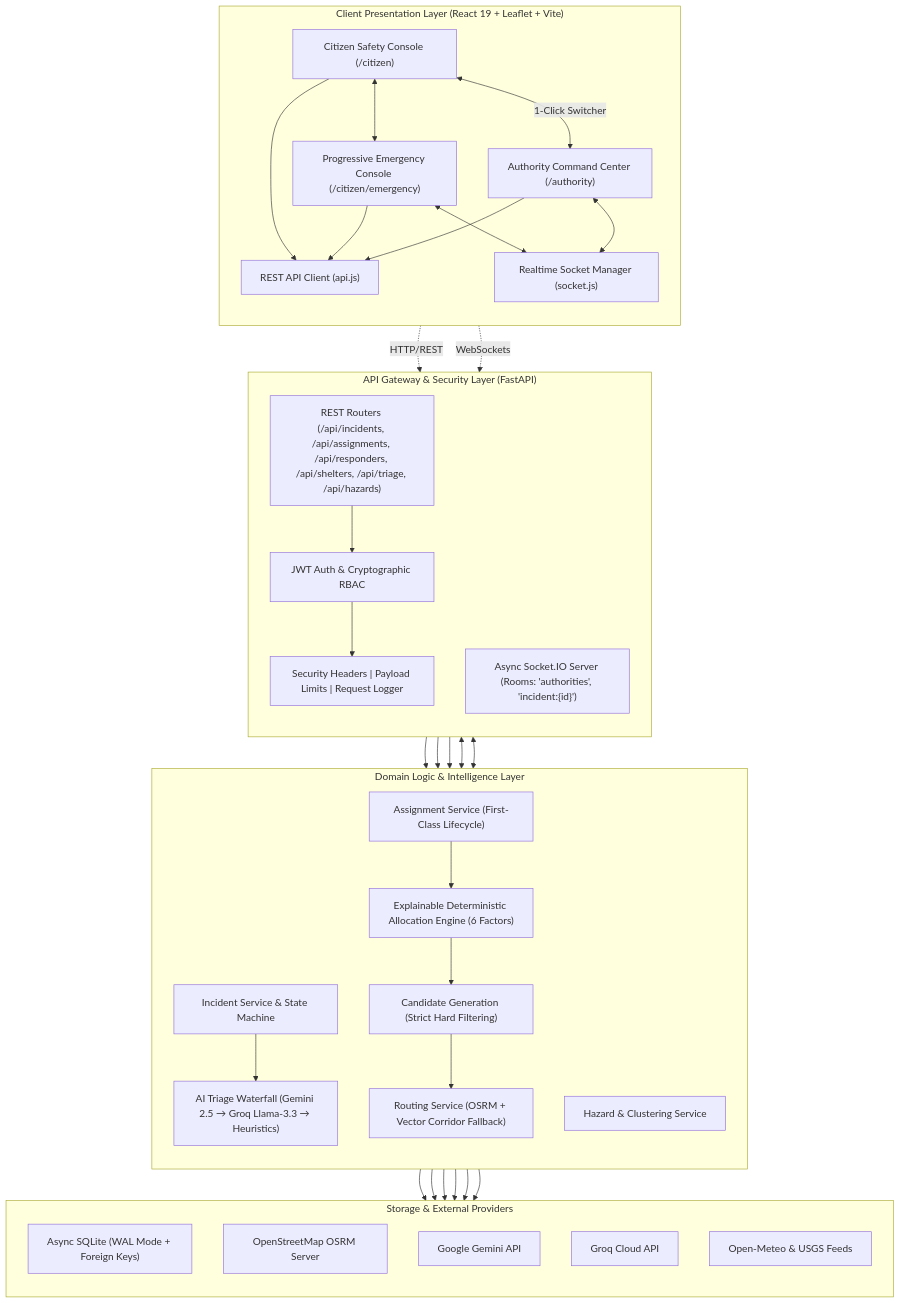
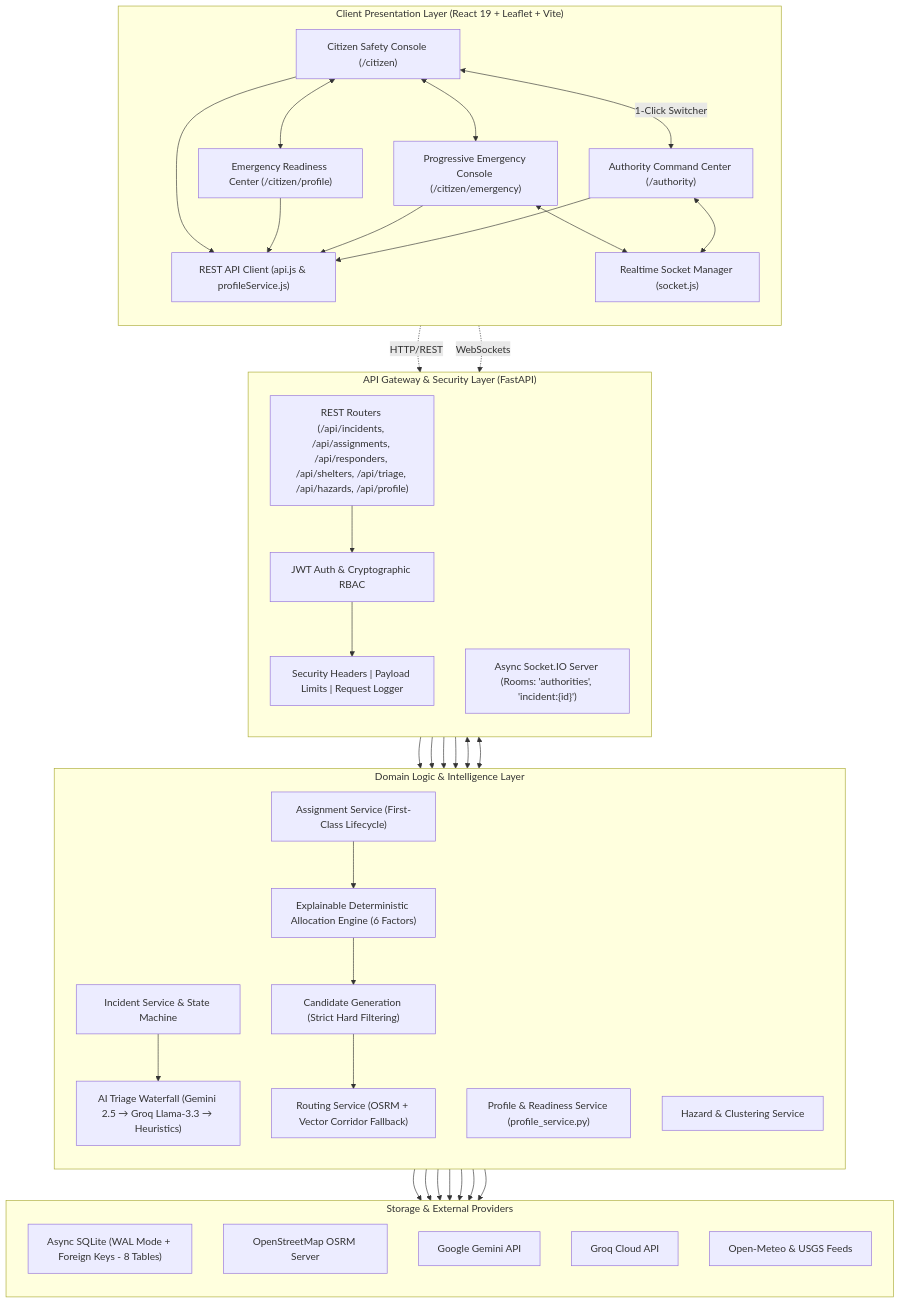
The diagram in README.md (pritesh-4/SIH-2026---SALVUS), drawn with Mermaid before and after one commit. The commit also changed other lines of this file and 6 other files, not shown here.

````diff
--- a/README.md
+++ b/README.md
@@ -93,62 +104,66 @@
 ```mermaid
 flowchart TB
     subgraph Client_Layer ["Client Presentation Layer (React 19 + Leaflet + Vite)"]
         direction TB
         CitizenPortal["Citizen Safety Console (/citizen)"]
+        CitizenProfile["Emergency Readiness Center (/citizen/profile)"]
         CitizenEmergency["Progressive Emergency Console (/citizen/emergency)"]
         AuthorityCenter["Authority Command Center (/authority)"]
         RealtimeSocket["Realtime Socket Manager (socket.js)"]
-        APIService["REST API Client (api.js)"]
+        APIService["REST API Client (api.js & profileService.js)"]
 
+        CitizenPortal <--> CitizenProfile
         CitizenPortal <--> CitizenEmergency
         CitizenPortal <-->|"1-Click Switcher"| AuthorityCenter
         CitizenPortal --> APIService
+        CitizenProfile --> APIService
         CitizenEmergency --> APIService
         CitizenEmergency <--> RealtimeSocket
         AuthorityCenter --> APIService
         AuthorityCenter <--> RealtimeSocket
     end
 
     subgraph API_Gateway ["API Gateway & Security Layer (FastAPI)"]
         direction TB
         AuthRBAC["JWT Auth & Cryptographic RBAC"]
         Middleware["Security Headers | Payload Limits | Request Logger"]
-        Router["REST Routers (/api/incidents, /api/assignments, /api/responders, /api/shelters, /api/triage, /api/hazards)"]
+        Router["REST Routers (/api/incidents, /api/assignments, /api/responders, /api/shelters, /api/triage, /api/hazards, /api/profile)"]
         SocketEngine["Async Socket.IO Server (Rooms: 'authorities', 'incident:{id}')"]
     end
 
     subgraph Domain_Services ["Domain Logic & Intelligence Layer"]
         direction TB
         IncidentSvc["Incident Service & State Machine"]
         AssignmentSvc["Assignment Service (First-Class Lifecycle)"]
+        ProfileSvc["Profile & Readiness Service (profile_service.py)"]
         AllocationEngine["Explainable Deterministic Allocation Engine (6 Factors)"]
         CandidateGen["Candidate Generation (Strict Hard Filtering)"]
         RoutingSvc["Routing Service (OSRM + Vector Corridor Fallback)"]
         HazardSvc["Hazard & Clustering Service"]
         AIService["AI Triage Waterfall (Gemini 2.5 → Groq Llama-3.3 → Heuristics)"]
     end
 
     subgraph Storage_Layer ["Storage & External Providers"]
         direction TB
-        SQLite["Async SQLite (WAL Mode + Foreign Keys)"]
+        SQLite["Async SQLite (WAL Mode + Foreign Keys - 8 Tables)"]
         OSRM["OpenStreetMap OSRM Server"]
         GeminiAPI["Google Gemini API"]
         GroqAPI["Groq Cloud API"]
         MeteoAPI["Open-Meteo & USGS Feeds"]
     end
 
     APIService -.->|HTTP/REST| Router
     RealtimeSocket -.->|WebSockets| SocketEngine
 
-    Router --> AuthRBAC --> Middleware --> IncidentSvc & AssignmentSvc & HazardSvc
+    Router --> AuthRBAC --> Middleware --> IncidentSvc & AssignmentSvc & ProfileSvc & HazardSvc
     SocketEngine <--> IncidentSvc & AssignmentSvc
 
     IncidentSvc --> AIService
     AssignmentSvc --> AllocationEngine --> CandidateGen --> RoutingSvc
-
     IncidentSvc --> SQLite
     AssignmentSvc --> SQLite
+    ProfileSvc --> SQLite
     AIService --> GeminiAPI & GroqAPI
     RoutingSvc --> OSRM
     HazardSvc --> MeteoAPI
 ```
````
